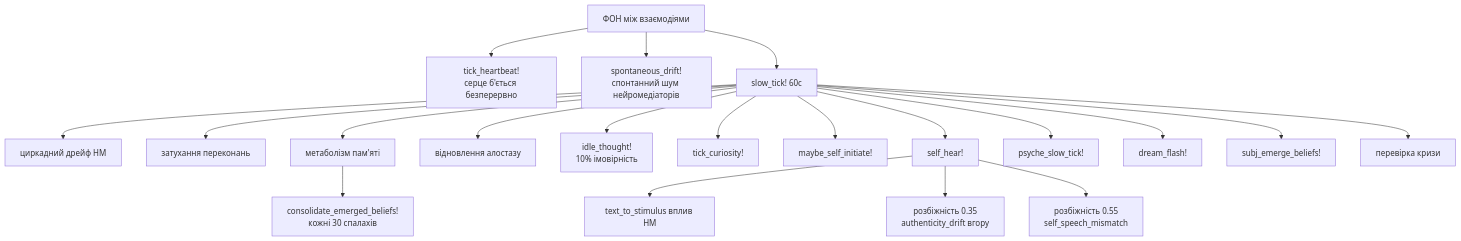
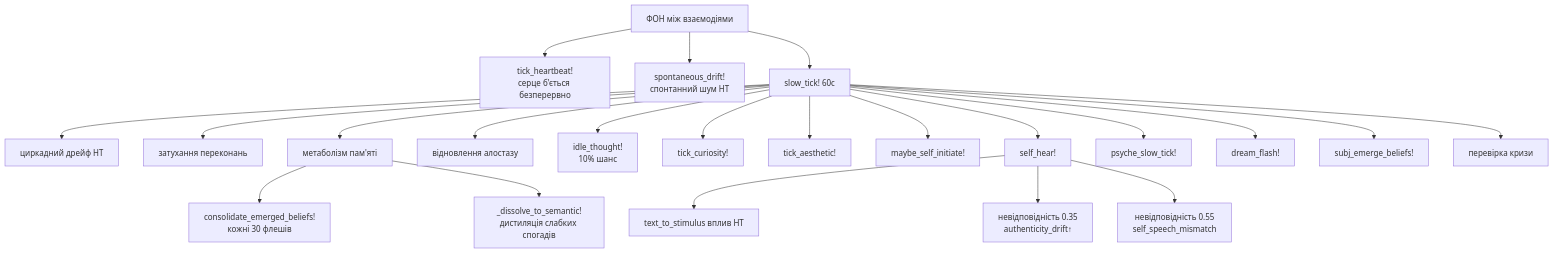
One commit to ByteBunny777/Anima changed the first of 2 diagrams in README_UA.md. Above: the diagram before and after it, drawn with Mermaid. The commit also changed other lines of this file, not shown here.

````diff
--- a/README_UA.md
+++ b/README_UA.md
@@ -247,23 +258,25 @@
 ```mermaid
 flowchart TD
     BG["ФОН між взаємодіями"]
     BG --> HB["tick_heartbeat!<br/>серце б'ється безперервно"]
-    BG --> SD["spontaneous_drift!<br/>спонтанний шум нейромедіаторів"]
+    BG --> SD["spontaneous_drift!<br/>спонтанний шум НТ"]
     BG --> ST["slow_tick! 60с"]
-    ST --> CD["циркадний дрейф НМ"]
+    ST --> CD["циркадний дрейф НТ"]
     ST --> BD["затухання переконань"]
     ST --> MM["метаболізм пам'яті"]
     ST --> AR["відновлення алостазу"]
-    ST --> IT["idle_thought!<br/>10% імовірність"]
+    ST --> IT["idle_thought!<br/>10% шанс"]
     ST --> TC["tick_curiosity!"]
+    ST --> TA["tick_aesthetic!"]
     ST --> SI["maybe_self_initiate!"]
     ST --> SH["self_hear!"]
     ST --> PS["psyche_slow_tick!"]
     ST --> DF["dream_flash!"]
     ST --> SE["subj_emerge_beliefs!"]
     ST --> CR["перевірка кризи"]
-    MM --> CB["consolidate_emerged_beliefs!<br/>кожні 30 спалахів"]
-    SH --> NT["text_to_stimulus вплив НМ"]
-    SH --> AD["розбіжність 0.35<br/>authenticity_drift вгору"]
-    SH --> SM["розбіжність 0.55<br/>self_speech_mismatch"]
+    MM --> CB["consolidate_emerged_beliefs!<br/>кожні 30 флешів"]
+    MM --> DS["_dissolve_to_semantic!<br/>дистиляція слабких спогадів"]
+    SH --> NT["text_to_stimulus вплив НТ"]
+    SH --> AD["невідповідність 0.35<br/>authenticity_drift↑"]
+    SH --> SM["невідповідність 0.55<br/>self_speech_mismatch"]
 ```
````
